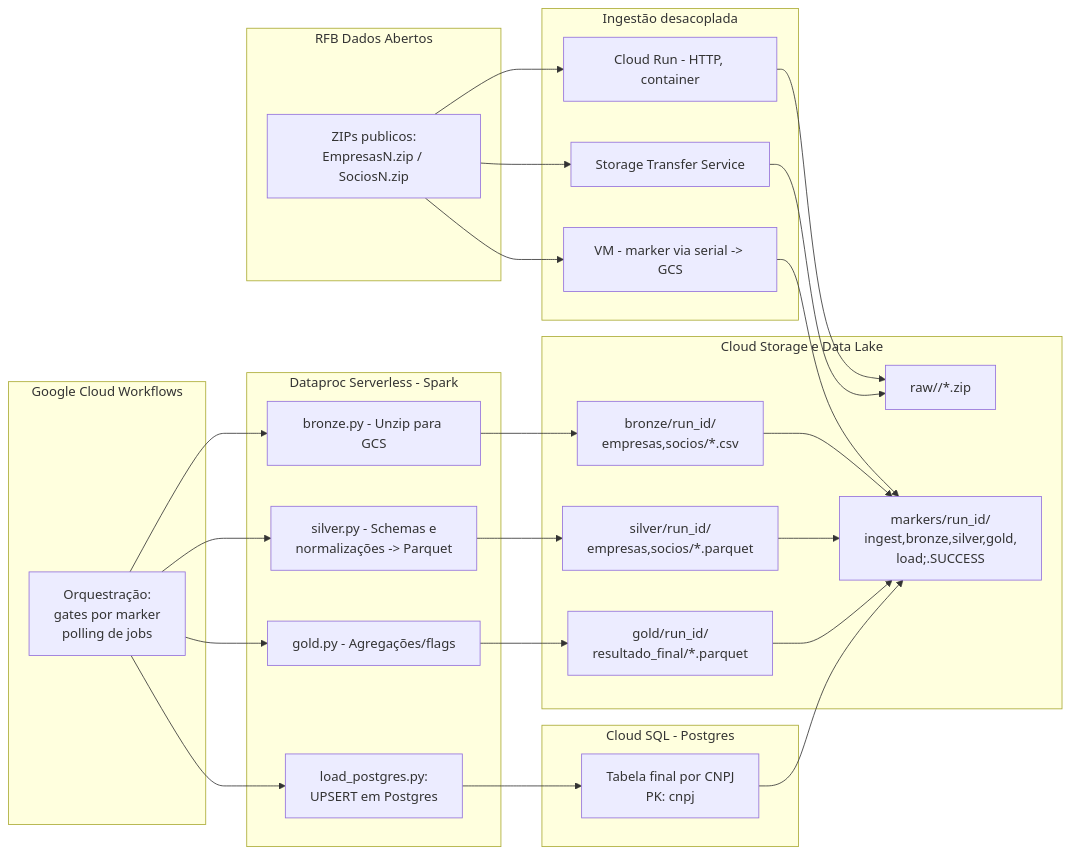
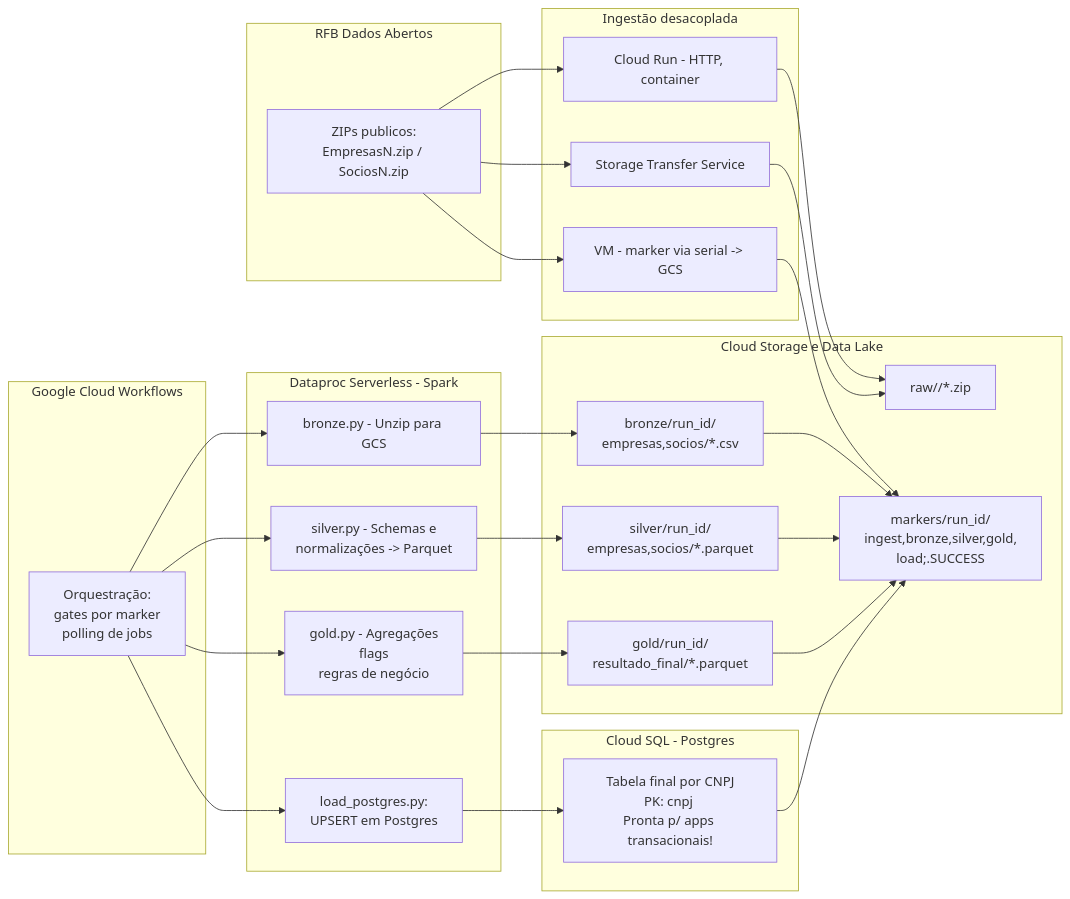
Before and after one commit to jaquerando/case_stone: the diagram in README.md, drawn with Mermaid.

````diff
--- a/README.md
+++ b/README.md
@@ -48,54 +48,54 @@
 ```mermaid
 flowchart LR
 
   %% === SOURCES ===
   subgraph SRC["RFB Dados Abertos"]
     s1["ZIPs publicos:<br/>EmpresasN.zip / SociosN.zip"]
   end
 
   %% === INGEST ===
   subgraph ING["Ingestão desacoplada"]
     A["Cloud Run - HTTP, container"]
     B["Storage Transfer Service"]
     C["VM - marker via serial -> GCS"]
   end
 
   %% === STORAGE ===
   subgraph GCS["Cloud Storage e Data Lake"]
     raw["raw/<run_id>/*.zip"]
     brz["bronze/run_id/<br/>empresas,socios/*.csv"]
     slv["silver/run_id/<br/>empresas,socios/*.parquet"]
     gld["gold/run_id/<br/>resultado_final/*.parquet"]
     mrk["markers/run_id/<br/>ingest,bronze,silver,gold, <br/>load;.SUCCESS"]
   end
 
   %% === WORKFLOWS ===
   subgraph WF["Google Cloud Workflows"]
     wf1["Orquestração: <br/>gates por marker <br/> polling de jobs"]
   end
 
   %% === SPARK ===
   subgraph DP["Dataproc Serverless - Spark"]
     p1["bronze.py - Unzip para GCS"]
     p2["silver.py - Schemas e<br/>normalizações -> Parquet"]
-    p3["gold.py - Agregações/flags"]
+    p3["gold.py - Agregações<br/>flags<br/>regras de negócio"]
     p4["load_postgres.py: <br/>UPSERT em Postgres"]
   end
 
   %% === DB ===
   subgraph SQL["Cloud SQL - Postgres "]
-    tbl["Tabela final por CNPJ<br/>PK: cnpj"]
+    tbl["Tabela final por CNPJ<br/>PK: cnpj <br/>Pronta p/ apps transacionais!"]
   end
 
   %% === FLOWS ===
   s1 --> A & B & C
 
   A --> raw
   B --> raw
   C --> mrk
 
   wf1 --> p1 --> brz --> mrk
   wf1 --> p2 --> slv --> mrk
   wf1 --> p3 --> gld --> mrk
   wf1 --> p4 --> tbl --> mrk
 ```
````
